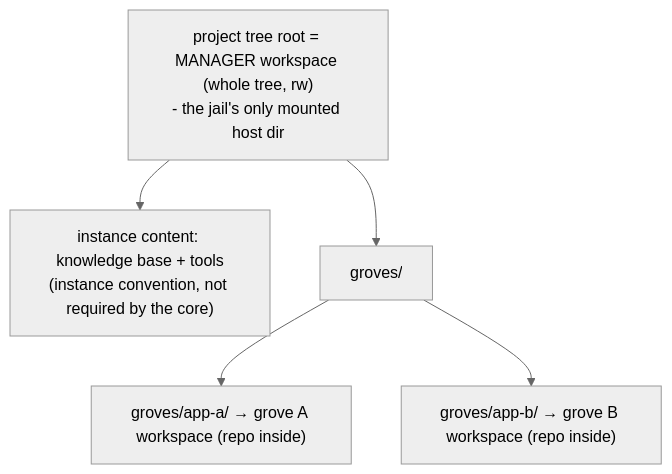
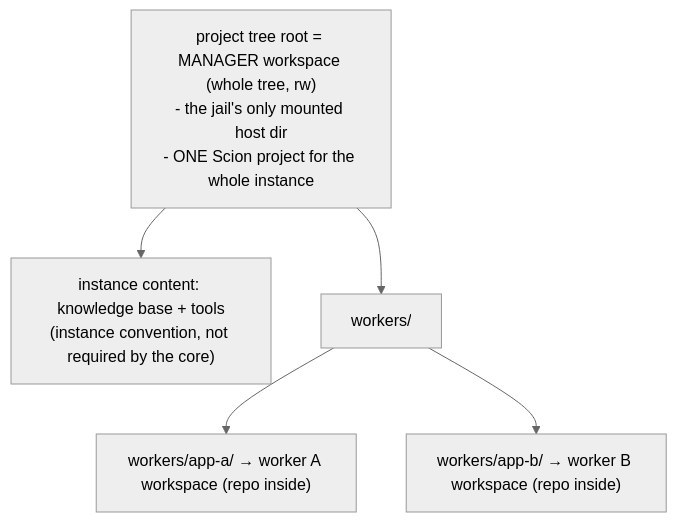
One commit to stevegeek/lever changed the second of 3 diagrams in docs-site/_guides/architecture.md. Above: the diagram before and after it, drawn with Mermaid (neutral theme). The commit also changed other lines of this file and 1 other file, not shown here.

First line of the commit message:
docs(site): architecture + security-model → single-project model + controller-PAT/dev-auth-off

````diff
--- a/docs-site/_guides/architecture.md
+++ b/docs-site/_guides/architecture.md
@@ -85,8 +89,8 @@
 ```mermaid
 graph TD
-    root["project tree root = MANAGER workspace (whole tree, rw)<br/>- the jail's only mounted host dir"]
+    root["project tree root = MANAGER workspace (whole tree, rw)<br/>- the jail's only mounted host dir<br/>- ONE Scion project for the whole instance"]
     root --> kb["instance content: knowledge base + tools<br/>(instance convention, not required by the core)"]
-    root --> groves["groves/"]
-    groves --> a["groves/app-a/ → grove A workspace (repo inside)"]
-    groves --> b["groves/app-b/ → grove B workspace (repo inside)"]
+    root --> workers["workers/"]
+    workers --> a["workers/app-a/ → worker A workspace (repo inside)"]
+    workers --> b["workers/app-b/ → worker B workspace (repo inside)"]
 ```
````
